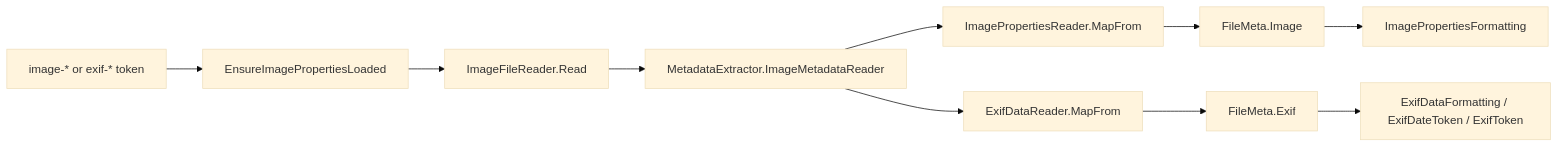
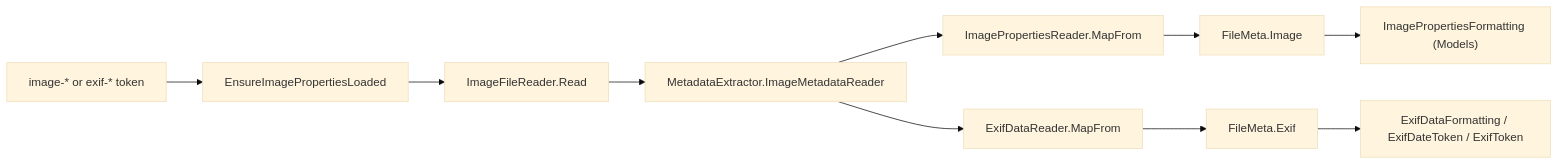
Before and after one commit to davidohana/finebytes: the diagram in docs/image-metadata-model.md, drawn with Mermaid (base theme). The commit also changed other lines of this file and 3 other files, not shown here.

````diff
--- a/docs/image-metadata-model.md
+++ b/docs/image-metadata-model.md
@@ -19,12 +19,12 @@
 ```mermaid
 flowchart LR
   tokens["image-* or exif-* token"] --> ensure["EnsureImagePropertiesLoaded"]
   ensure --> reader["ImageFileReader.Read"]
   reader --> me["MetadataExtractor.ImageMetadataReader"]
   me --> mapImage["ImagePropertiesReader.MapFrom"]
   me --> mapExif["ExifDataReader.MapFrom"]
   mapImage --> cacheImage["FileMeta.Image"]
   mapExif --> cacheExif["FileMeta.Exif"]
-  cacheImage --> formatImage["ImagePropertiesFormatting"]
+  cacheImage --> formatImage["ImagePropertiesFormatting (Models)"]
   cacheExif --> formatExif["ExifDataFormatting / ExifDateToken / ExifToken"]
 ```
````
